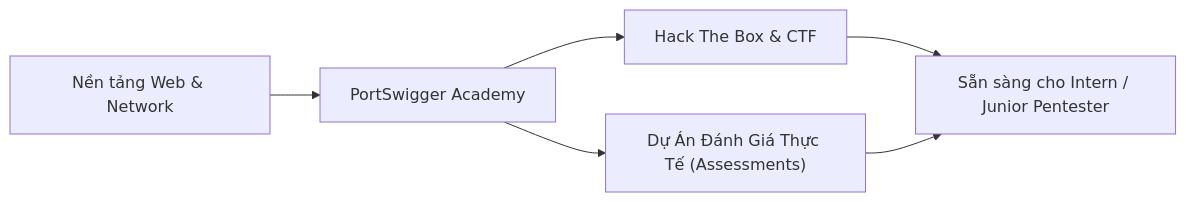
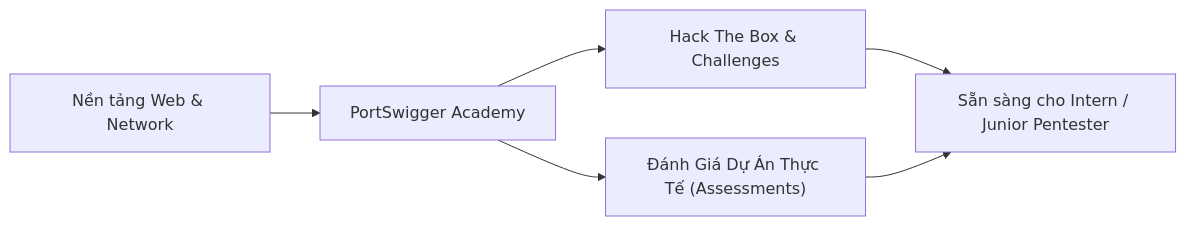
The diagram in README.md (Darrkkkk2404/offensive-web-journey), drawn with Mermaid before and after one commit. The commit also changed other lines of this file and 3 other files, not shown here.

````diff
--- a/README.md
+++ b/README.md
@@ -32,8 +32,8 @@
 ```mermaid
 flowchart LR
     A["Nền tảng Web & Network"] --> B["PortSwigger Academy"]
-    B --> C["Hack The Box & CTF"]
-    B --> D["Dự Án Đánh Giá Thực Tế (Assessments)"]
+    B --> C["Hack The Box & Challenges"]
+    B --> D["Đánh Giá Dự Án Thực Tế (Assessments)"]
     C --> E["Sẵn sàng cho Intern / Junior Pentester"]
     D --> E
 ```
````
